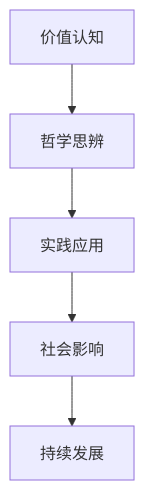
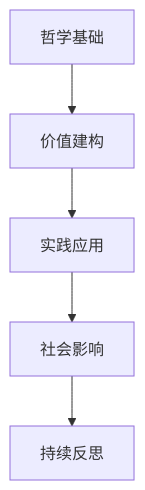
One commit to AdaMartin18010/SeniorEnducation changed the fourth of 5 diagrams in 01-哲学科学基础/02-教育哲学与价值观.md. Above: the diagram before and after it, drawn with Mermaid. The commit also changed other lines of this file and 3 other files, not shown here.

````diff
--- a/01-哲学科学基础/02-教育哲学与价值观.md
+++ b/01-哲学科学基础/02-教育哲学与价值观.md
@@ -275,7 +254,7 @@
 ```mermaid
 graph TD
-    A[价值认知] --> B[哲学思辨]
+    A[哲学基础] --> B[价值建构]
     B --> C[实践应用]
     C --> D[社会影响]
-    D --> E[持续发展]
+    D --> E[持续反思]
 ```
````
